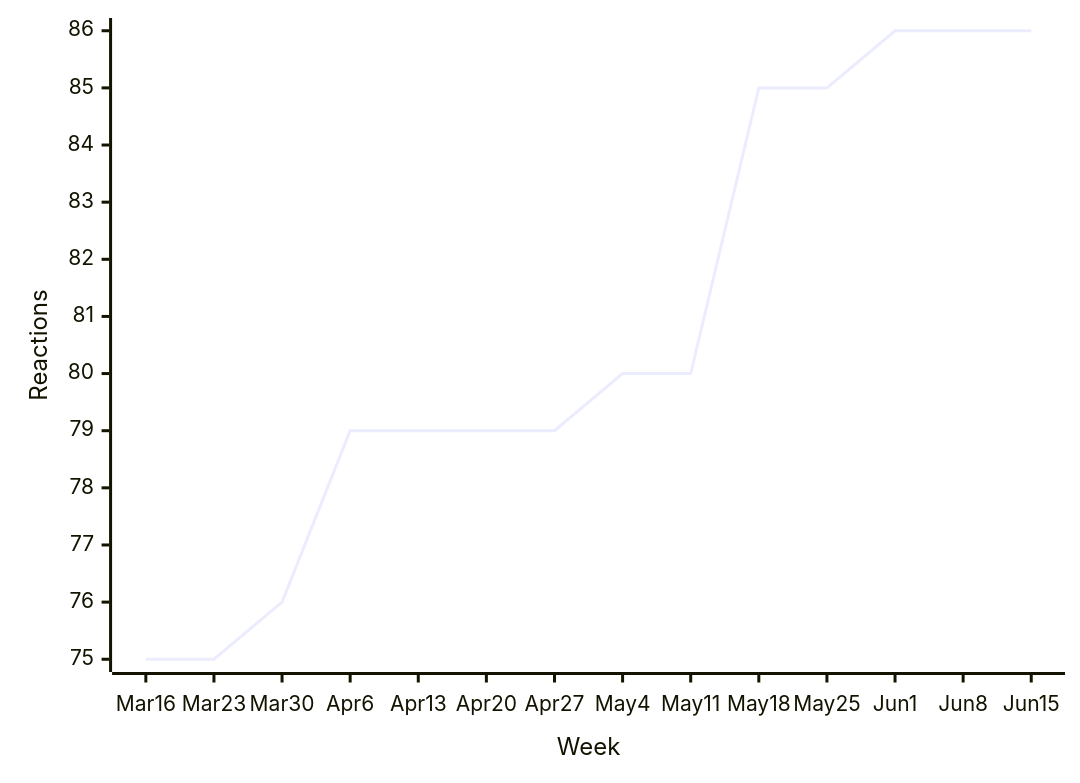
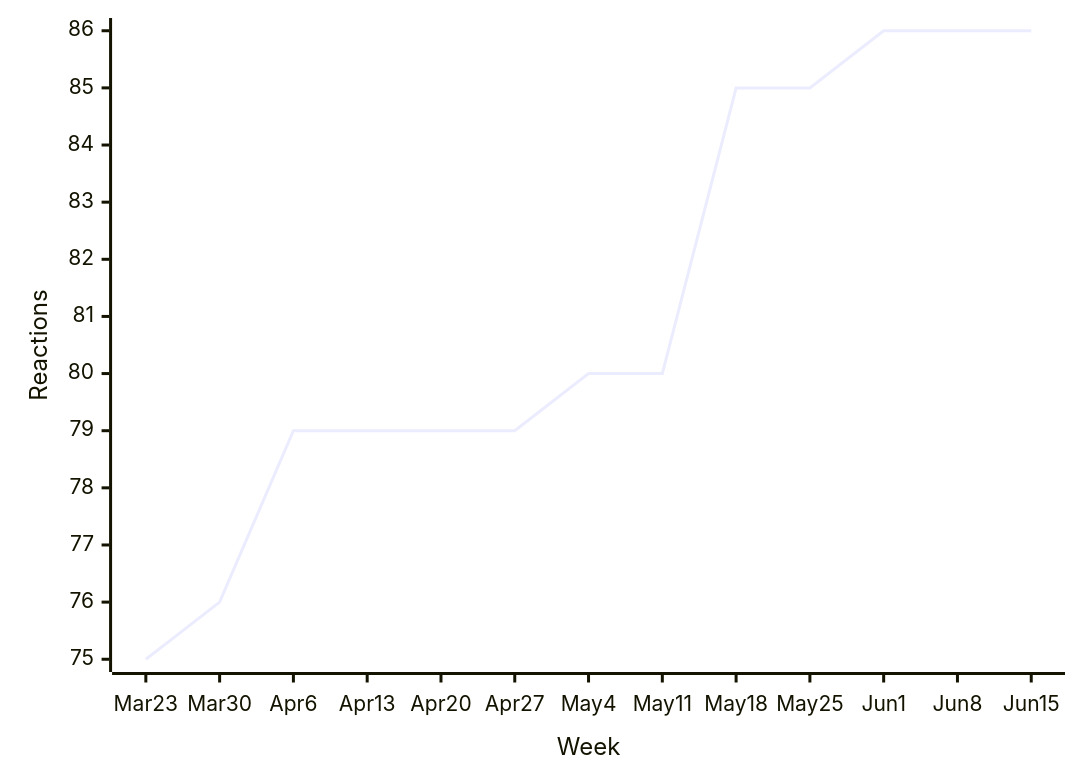
Before and after one commit to loic-sharma/github-insights: diagram 13 of 49 in README.md, drawn with Mermaid. The commit also changed other lines of this file and 3 other files, not shown here.

````diff
--- a/README.md
+++ b/README.md
@@ -543,6 +543,6 @@
   ```mermaid
   xychart-beta
-    x-axis "Week" [Mar 16, Mar 23, Mar 30, Apr 6, Apr 13, Apr 20, Apr 27, May 4, May 11, May 18, May 25, Jun 1, Jun 8, Jun 15]
+    x-axis "Week" [Mar 23, Mar 30, Apr 6, Apr 13, Apr 20, Apr 27, May 4, May 11, May 18, May 25, Jun 1, Jun 8, Jun 15]
     y-axis "Reactions"
-    line [75, 75, 76, 79, 79, 79, 79, 80, 80, 85, 85, 86, 86, 86]
+    line [75, 76, 79, 79, 79, 79, 80, 80, 85, 85, 86, 86, 86]
   ```
````
